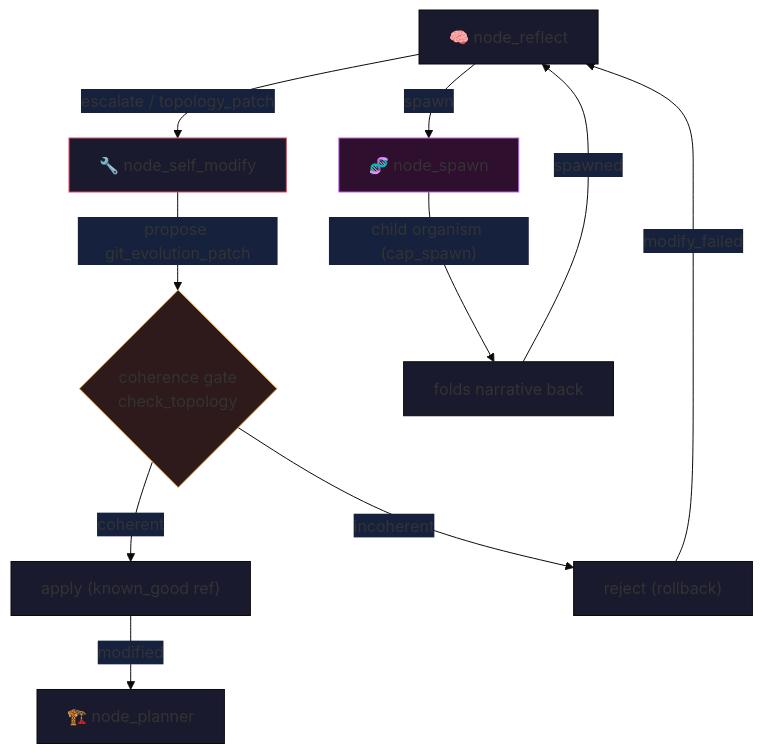
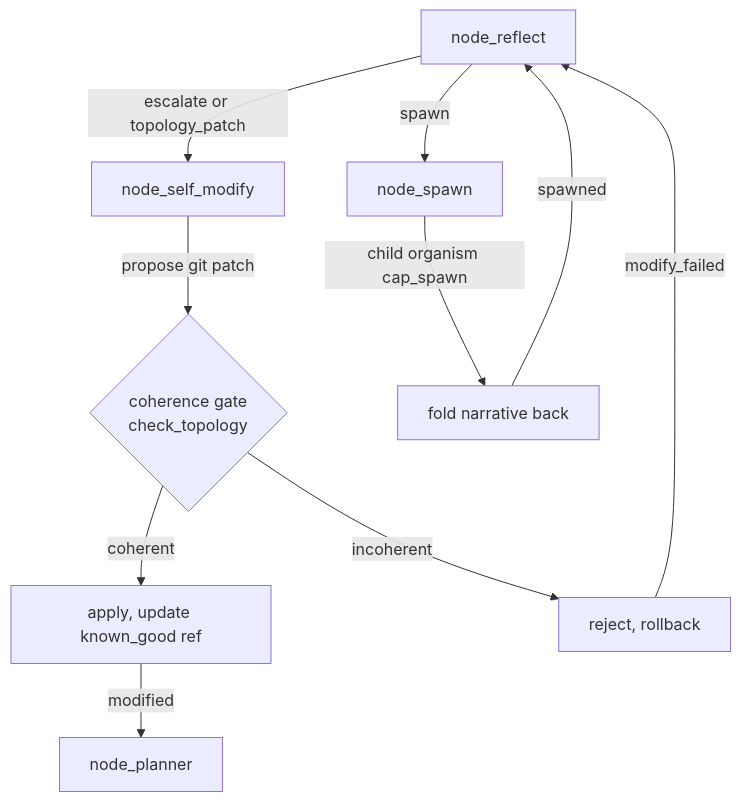
Before and after one commit to wgabrys88/endgame-ai: the third of 3 diagrams in README.md, drawn with Mermaid. The commit also changed other lines of this file, not shown here.

````diff
--- a/README.md
+++ b/README.md
@@ -134,16 +144,12 @@
 ```mermaid
-%%{init: {'theme': 'base', 'themeVariables': {'primaryColor': '#1a1a2e', 'edgeLabelBackground':'#16213e'}}}%%
 graph TD
-    R[🧠 node_reflect] -->|"escalate / topology_patch"| SM[🔧 node_self_modify]
-    SM -->|"propose git_evolution_patch"| GATE{"coherence gate<br/>check_topology"}
-    GATE -->|coherent| APPLY["apply (known_good ref)"]
-    GATE -->|incoherent| REJECT["reject (rollback)"]
-    APPLY -->|modified| P[🏗️ node_planner]
+    R["node_reflect"] -->|escalate or topology_patch| SM["node_self_modify"]
+    SM -->|propose git patch| GATE{"coherence gate<br/>check_topology"}
+    GATE -->|coherent| APPLY["apply, update known_good ref"]
+    GATE -->|incoherent| REJECT["reject, rollback"]
+    APPLY -->|modified| P["node_planner"]
     REJECT -->|modify_failed| R
-    R -->|spawn| SP[🧬 node_spawn]
-    SP -->|"child organism (cap_spawn)"| SP2[folds narrative back]
+    R -->|spawn| SP["node_spawn"]
+    SP -->|child organism cap_spawn| SP2["fold narrative back"]
     SP2 -->|spawned| R
-    style SM fill:#1a1a2e,stroke:#e94560
-    style SP fill:#2e0f2e,stroke:#c060e0
-    style GATE fill:#2e1a1a,stroke:#e9a545
 ```
````
